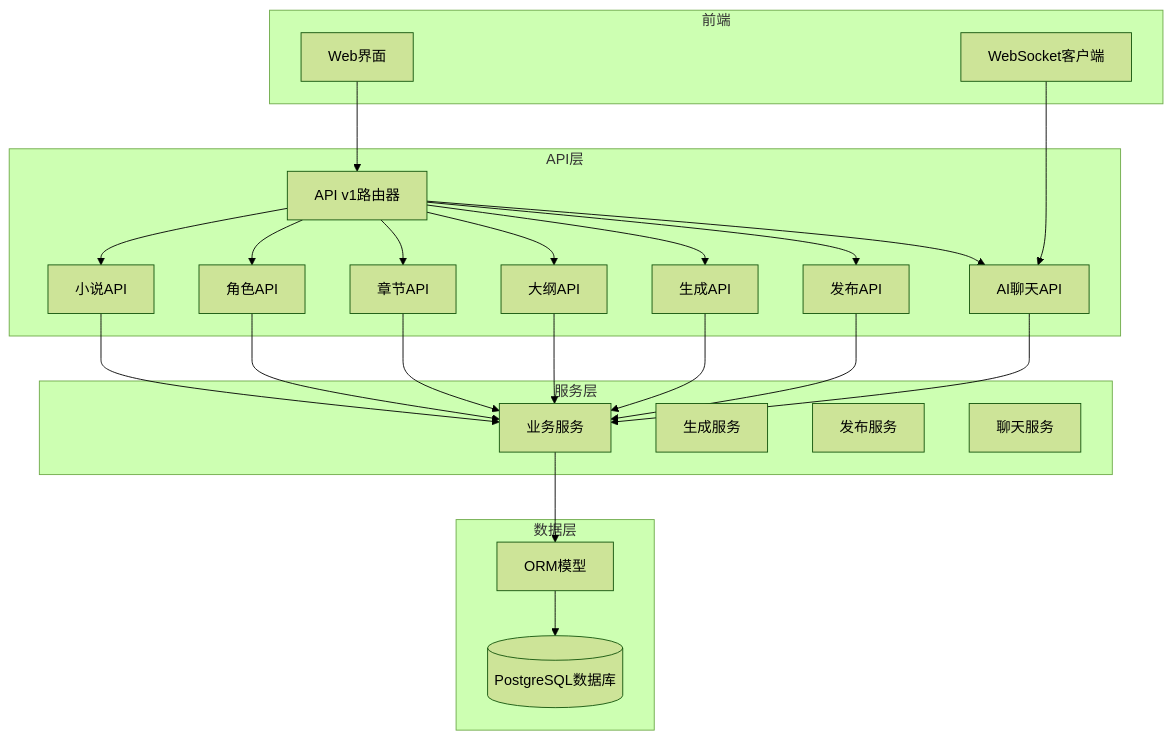
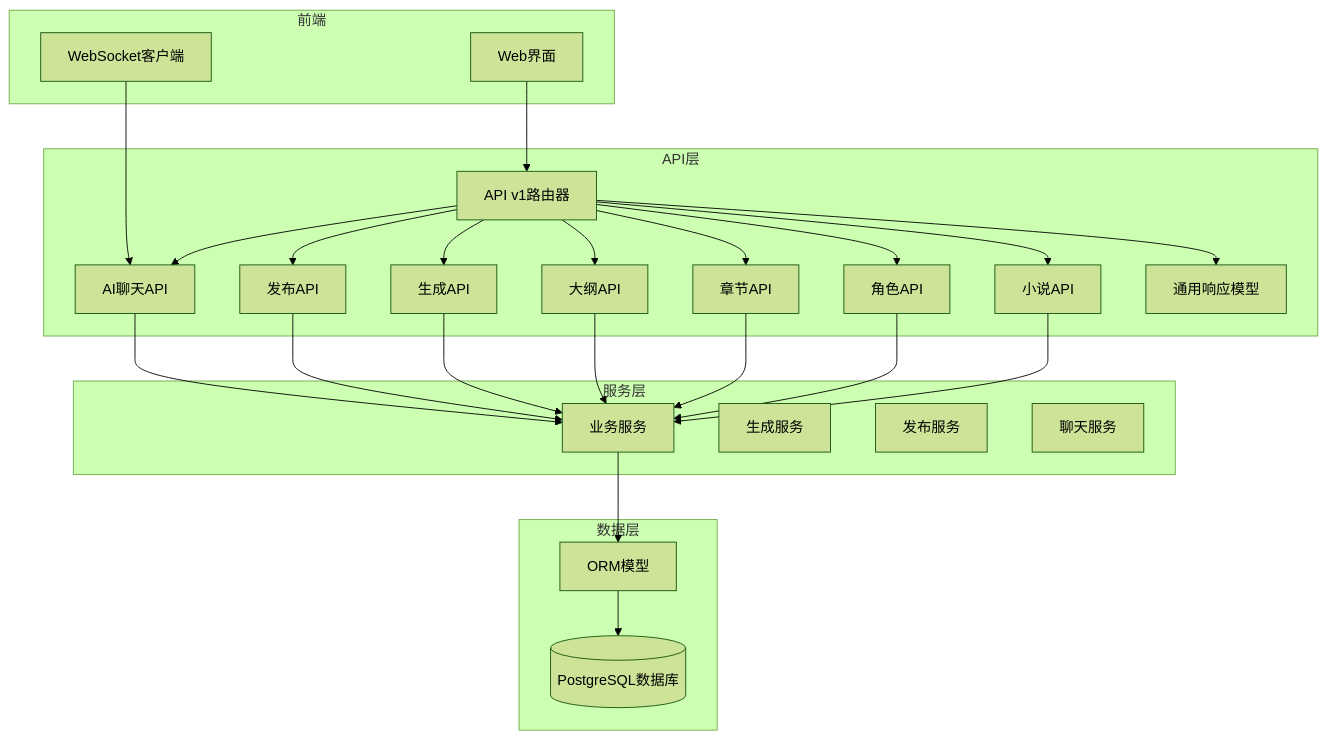
The first of 7 diagrams in .qoder/repowiki/zh/content/API接口文档/API接口文档.md (xfbyxq/ai-novel-system), drawn with Mermaid (forest theme) before and after one commit. The commit also changed other lines of this file and 84 other files, not shown here.

````diff
--- a/.qoder/repowiki/zh/content/API接口文档/API接口文档.md
+++ b/.qoder/repowiki/zh/content/API接口文档/API接口文档.md
@@ -43,45 +54,47 @@
 ```mermaid
 graph TB
 subgraph "API层"
 V1[API v1路由器]
 Novels[小说API]
 Characters[角色API]
 Chapters[章节API]
 Outlines[大纲API]
 Generation[生成API]
 Publishing[发布API]
 AIChat[AI聊天API]
+Common[通用响应模型]
 end
 subgraph "服务层"
 Services[业务服务]
 GenService[生成服务]
 PubService[发布服务]
 ChatService[聊天服务]
 end
 subgraph "数据层"
 Models[ORM模型]
 DB[(PostgreSQL数据库)]
 end
 subgraph "前端"
 WebUI[Web界面]
 WS[WebSocket客户端]
 end
 V1 --> Novels
 V1 --> Characters
 V1 --> Chapters
 V1 --> Outlines
 V1 --> Generation
 V1 --> Publishing
 V1 --> AIChat
+V1 --> Common
 Novels --> Services
 Characters --> Services
 Chapters --> Services
 Outlines --> Services
 Generation --> Services
 Publishing --> Services
 AIChat --> Services
 Services --> Models
 Models --> DB
 WebUI --> V1
 WS --> AIChat
 ```
````
